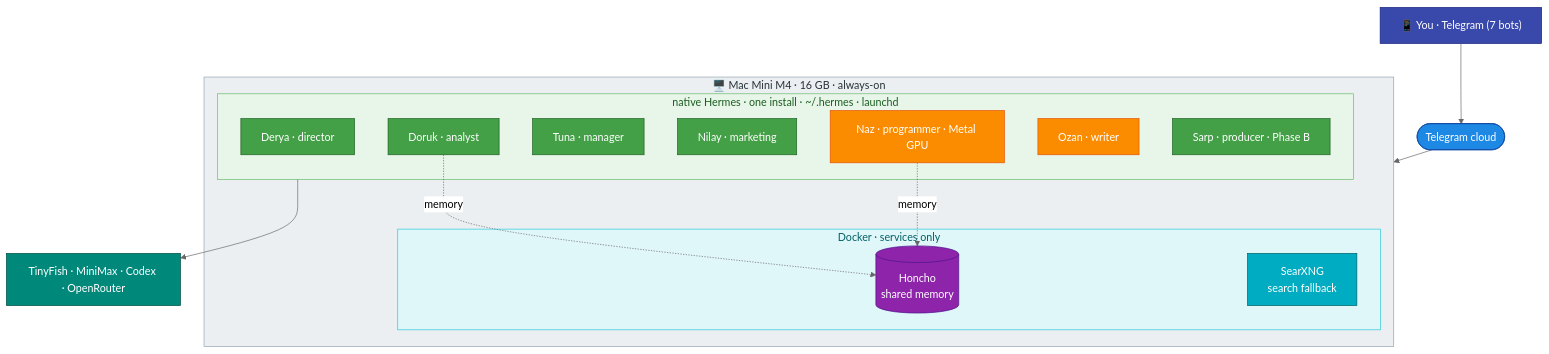
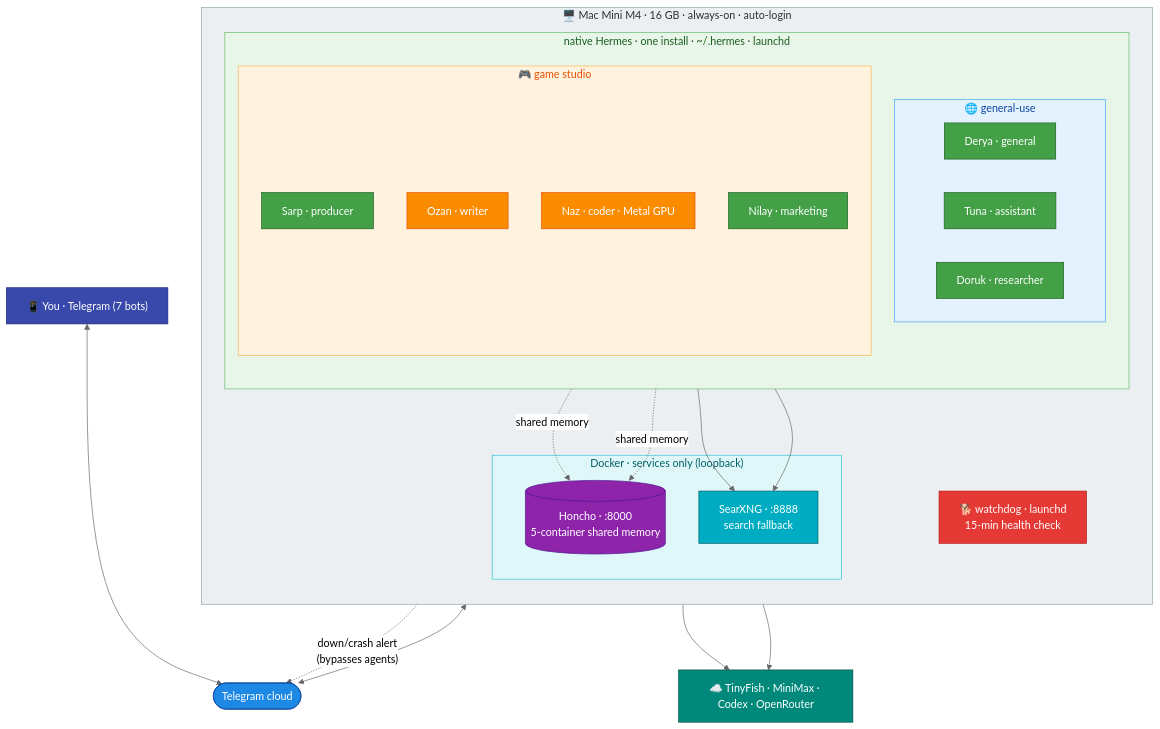
The first of 5 diagrams in README.md (mpolatcan/hermes-setup), drawn with Mermaid (neutral theme) before and after one commit. The commit also changed other lines of this file, not shown here.

First line of the commit message:
docs(readme): rewrite for live 7/7 fleet — general-use vs studio tiers + 5 diagrams

````diff
--- a/README.md
+++ b/README.md
@@ -5,35 +13,53 @@
 ```mermaid
 flowchart TB
     you["📱 You · Telegram (7 bots)"]:::user
-    you --> tg(["Telegram cloud"]):::net
-    subgraph mini["🖥️ Mac Mini M4 · 16 GB · always-on"]
+    you <--> tg(["Telegram cloud"]):::net
+
+    subgraph mini["🖥️ Mac Mini M4 · 16 GB · always-on · auto-login"]
+        direction TB
         subgraph hermes["native Hermes · one install · ~/.hermes · launchd"]
-            general["Derya · director"]:::mini
-            researcher["Doruk · analyst"]:::mini
-            assistant["Tuna · manager"]:::mini
-            marketing["Nilay · marketing"]:::mini
-            coder["Naz · programmer · Metal GPU"]:::codex
-            writer["Ozan · writer"]:::codex
-            producer["Sarp · producer · Phase B"]:::mini
+            direction TB
+            subgraph gen["🌐 general-use"]
+                Derya["Derya · general"]:::mini
+                Tuna["Tuna · assistant"]:::mini
+                Doruk["Doruk · researcher"]:::mini
+            end
+            subgraph studio["🎮 game studio"]
+                Sarp["Sarp · producer"]:::mini
+                Ozan["Ozan · writer"]:::codex
+                Naz["Naz · coder · Metal GPU"]:::codex
+                Nilay["Nilay · marketing"]:::mini
+            end
         end
-        subgraph svc["Docker · services only"]
-            Honcho[("Honcho<br/>shared memory")]:::infra
-            SearXNG["SearXNG<br/>search fallback"]:::svc
+        wd["🐕 watchdog · launchd<br/>15-min health check"]:::wd
+        subgraph svc["Docker · services only (loopback)"]
+            Honcho[("Honcho · :8000<br/>5-container shared memory")]:::infra
+            SearXNG["SearXNG · :8888<br/>search fallback"]:::svc
         end
     end
-    tg --> mini
-    coder -. memory .-> Honcho
-    researcher -. memory .-> Honcho
-    ext["TinyFish · MiniMax · Codex · OpenRouter"]:::ext
+
+    tg <--> hermes
+    gen -. shared memory .-> Honcho
+    studio -. shared memory .-> Honcho
+    gen --> SearXNG
+    Nilay --> SearXNG
+    wd -. "down/crash alert<br/>(bypasses agents)" .-> tg
+
+    ext["☁️ TinyFish · MiniMax · Codex · OpenRouter"]:::ext
     hermes --> ext
+    Honcho --> ext
+
     classDef user fill:#3949AB,stroke:#1A237E,color:#fff
     classDef net fill:#1E88E5,stroke:#0D47A1,color:#fff
     classDef mini fill:#43A047,stroke:#1B5E20,color:#fff
     classDef codex fill:#FB8C00,stroke:#E65100,color:#fff
     classDef infra fill:#8E24AA,stroke:#4A148C,color:#fff
     classDef svc fill:#00ACC1,stroke:#006064,color:#fff
     classDef ext fill:#00897B,stroke:#004D40,color:#fff
+    classDef wd fill:#E53935,stroke:#B71C1C,color:#fff
     style mini fill:#ECEFF1,stroke:#90A4AE,color:#263238
     style hermes fill:#E8F5E9,stroke:#66BB6A,color:#1B5E20
+    style gen fill:#E3F2FD,stroke:#42A5F5,color:#0D47A1
+    style studio fill:#FFF3E0,stroke:#FFB74D,color:#E65100
     style svc fill:#E0F7FA,stroke:#26C6DA,color:#006064
 ```
````
